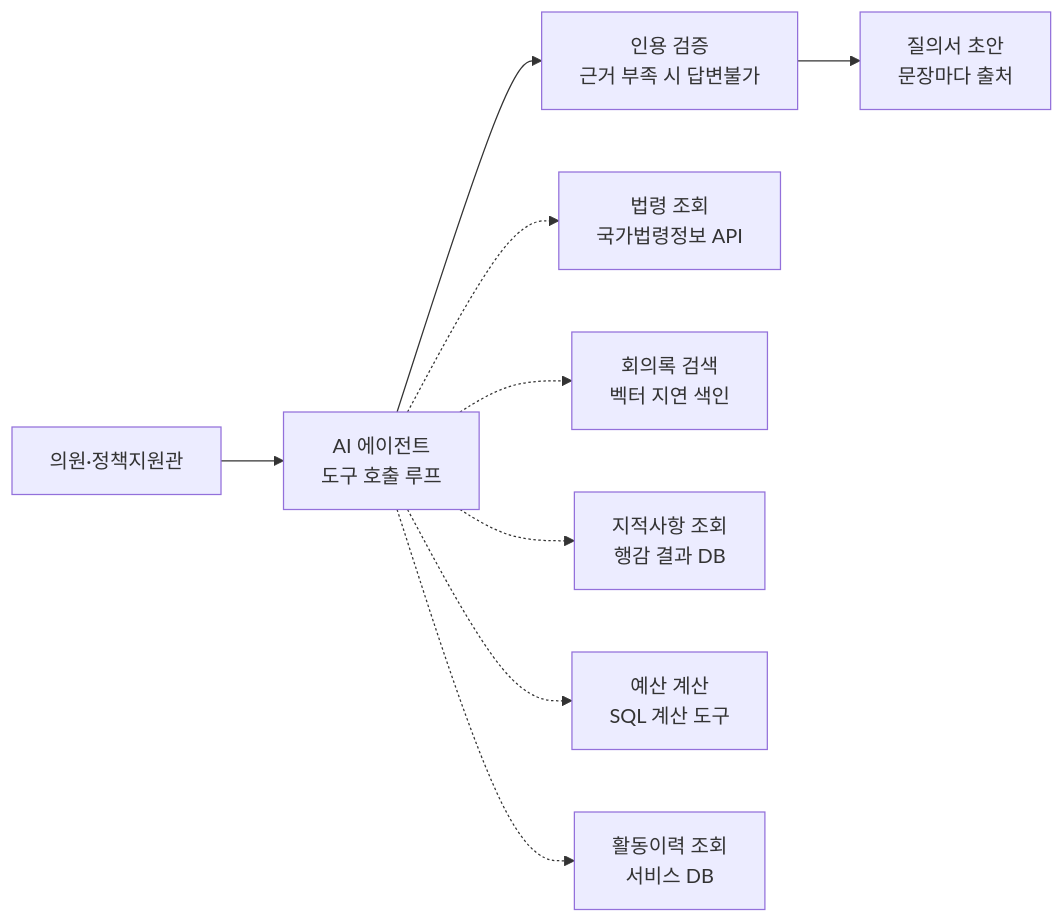
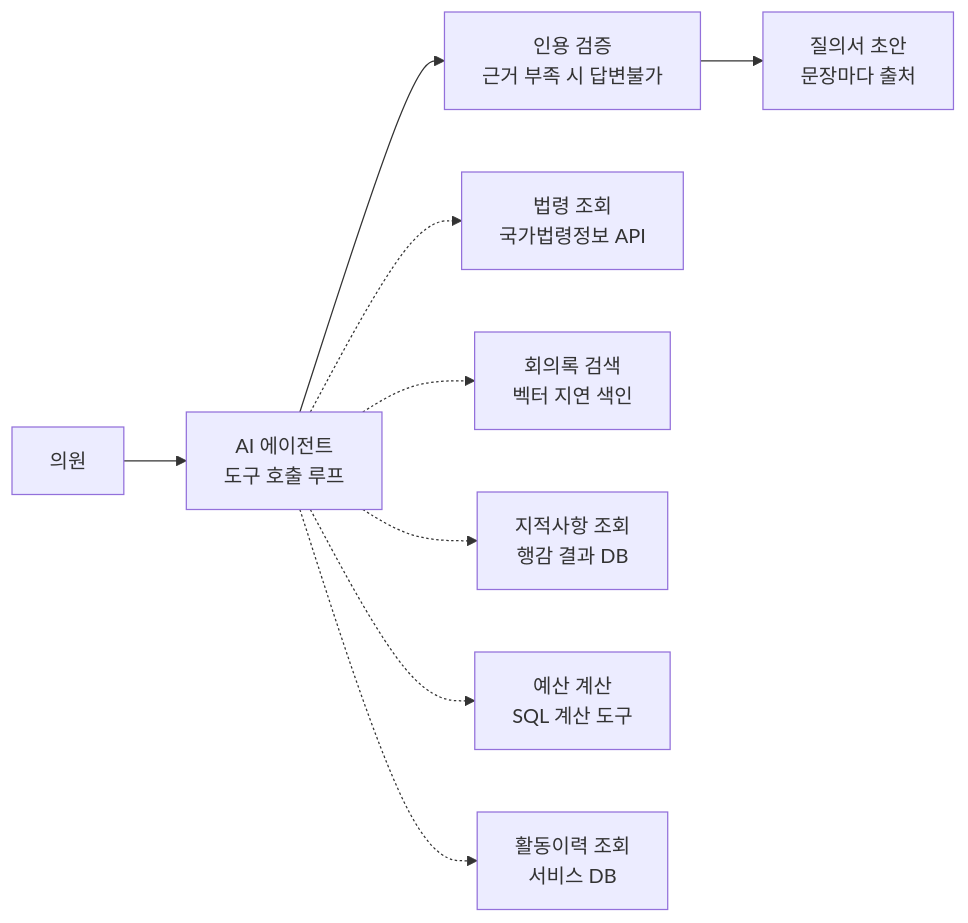
One commit to choby-pm/local_council_ai changed the diagram in README.md. Above: the diagram before and after it, drawn with Mermaid. The commit also changed other lines of this file and 5 other files, not shown here.

````diff
--- a/README.md
+++ b/README.md
@@ -73,11 +79,11 @@
 ```mermaid
 flowchart LR
-    U[의원·정책지원관] --> A[AI 에이전트<br/>도구 호출 루프]
+    U[의원] --> A[AI 에이전트<br/>도구 호출 루프]
     A --> V[인용 검증<br/>근거 부족 시 답변불가]
     V --> R[질의서 초안<br/>문장마다 출처]
     A -.-> T1[법령 조회<br/>국가법령정보 API]
     A -.-> T2[회의록 검색<br/>벡터 지연 색인]
     A -.-> T3[지적사항 조회<br/>행감 결과 DB]
     A -.-> T4[예산 계산<br/>SQL 계산 도구]
     A -.-> T5[활동이력 조회<br/>서비스 DB]
 ```
````
